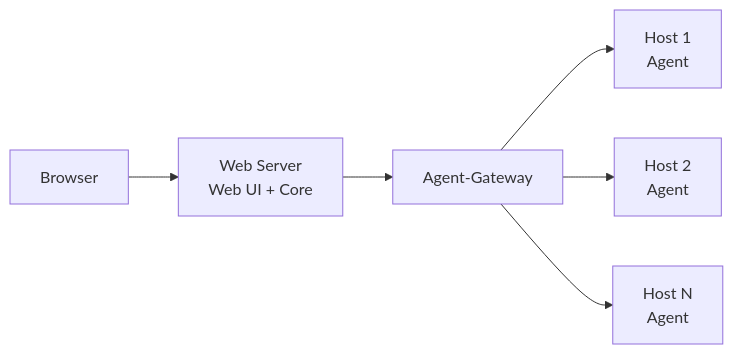
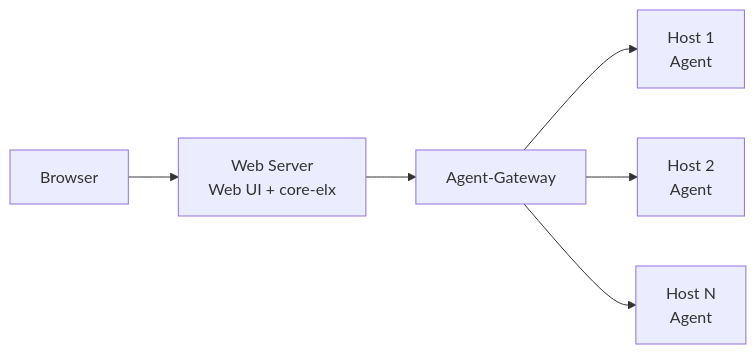
One commit to carverauto/serviceradar changed the fifth of 7 diagrams in docs/docs/architecture.md. Above: the diagram before and after it, drawn with Mermaid. The commit also changed other lines of this file and 11 other files, not shown here.

````diff
--- a/docs/docs/architecture.md
+++ b/docs/docs/architecture.md
@@ -350,8 +327,8 @@
 ```mermaid
 graph LR
-    Browser[Browser] --> WebServer[Web Server<br/>Web UI + Core]
+    Browser[Browser] --> WebServer[Web Server<br/>Web UI + core-elx]
     WebServer --> GatewayServer[Agent-Gateway]
     GatewayServer --> AgentServer1[Host 1<br/>Agent]
     GatewayServer --> AgentServer2[Host 2<br/>Agent]
     GatewayServer --> AgentServerN[Host N<br/>Agent]
 ```
````
